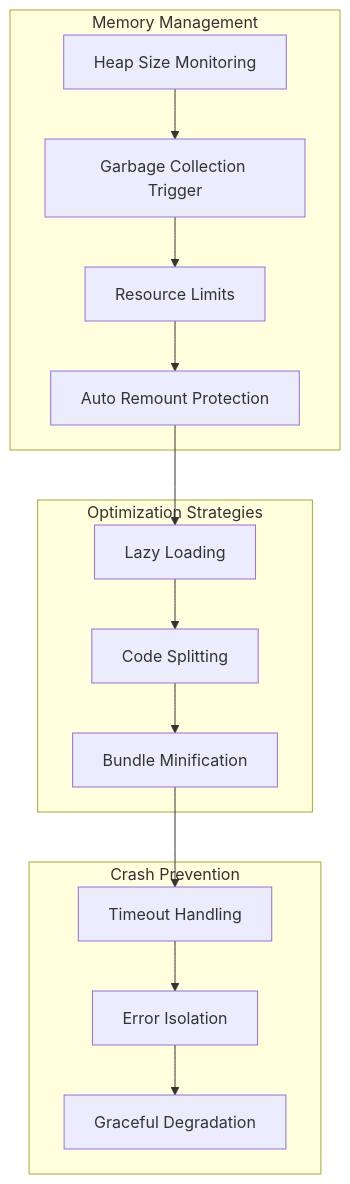
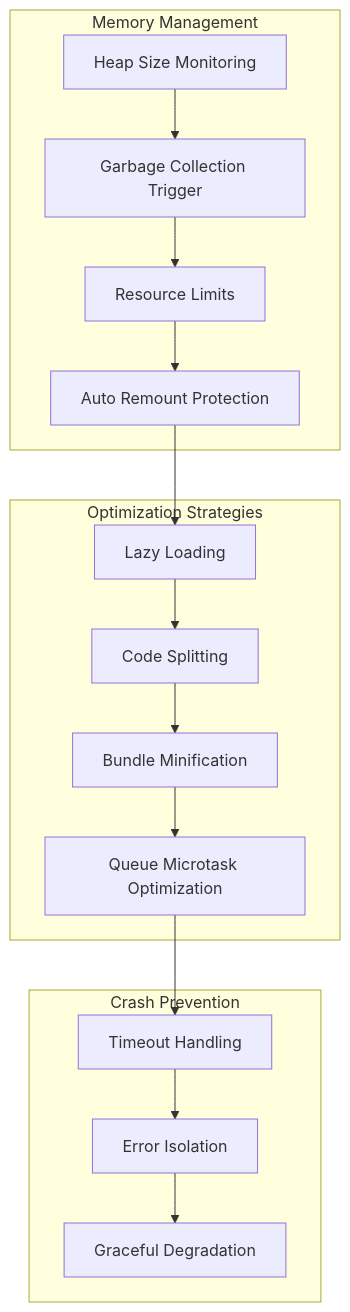
One commit to shekhargiri005-dotcom/AI-powered-accessibility-first-UI-engine changed the seventh of 11 diagrams in .qoder/repowiki/en/content/Sandbox Runtime Crash Handling.md. Above: the diagram before and after it, drawn with Mermaid. The commit also changed other lines of this file and 5 other files, not shown here.

````diff
--- a/.qoder/repowiki/en/content/Sandbox Runtime Crash Handling.md
+++ b/.qoder/repowiki/en/content/Sandbox Runtime Crash Handling.md
@@ -289,28 +301,30 @@
 ```mermaid
 graph TB
 subgraph "Memory Management"
 HeapSize[Heap Size Monitoring]
 GCTrigger[Garbage Collection Trigger]
 ResourceLimit[Resource Limits]
 AutoRemount[Auto Remount Protection]
 end
 subgraph "Optimization Strategies"
 LazyLoading[Lazy Loading]
 CodeSplitting[Code Splitting]
 BundleMinification[Bundle Minification]
+QueueMicrotask[Queue Microtask Optimization]
 end
 subgraph "Crash Prevention"
 TimeoutHandling[Timeout Handling]
 ErrorIsolation[Error Isolation]
 GracefulDegradation[Graceful Degradation]
 end
 HeapSize --> GCTrigger
 GCTrigger --> ResourceLimit
 ResourceLimit --> AutoRemount
 AutoRemount --> LazyLoading
 LazyLoading --> CodeSplitting
 CodeSplitting --> BundleMinification
-BundleMinification --> TimeoutHandling
+BundleMinification --> QueueMicrotask
+QueueMicrotask --> TimeoutHandling
 TimeoutHandling --> ErrorIsolation
 ErrorIsolation --> GracefulDegradation
 ```
````
